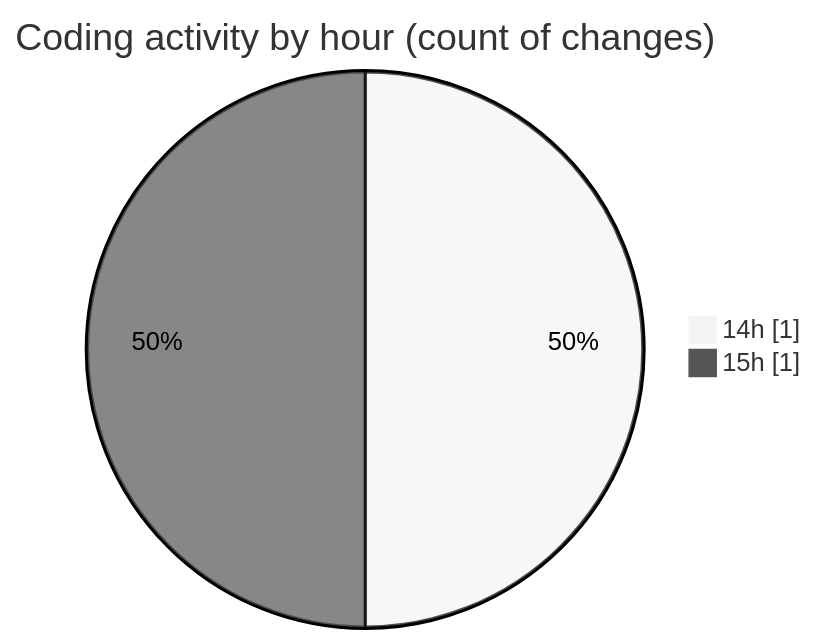
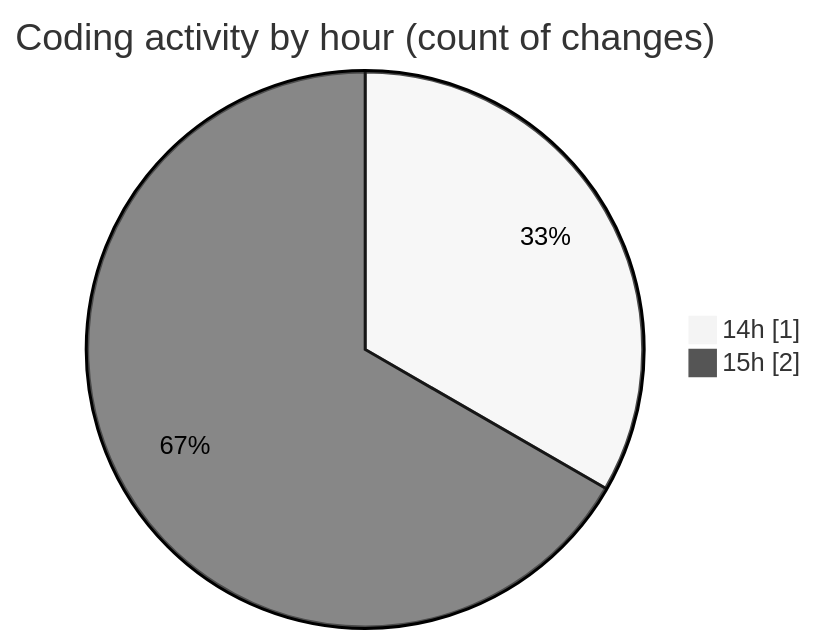
Before and after one commit to nxtqubesakshisongat/code-tracking: the second of 2 diagrams in 2025-12-05/nxtqube_webapp/README.md, drawn with Mermaid (neutral theme). The commit also changed other lines of this file and 1 other file, not shown here.

````diff
--- a/2025-12-05/nxtqube_webapp/README.md
+++ b/2025-12-05/nxtqube_webapp/README.md
@@ -30,6 +31,6 @@
 ```mermaid
 pie showData
 title Coding activity by hour (count of changes)
 "14h" : 1
-"15h" : 1
+"15h" : 2
 ```
````
